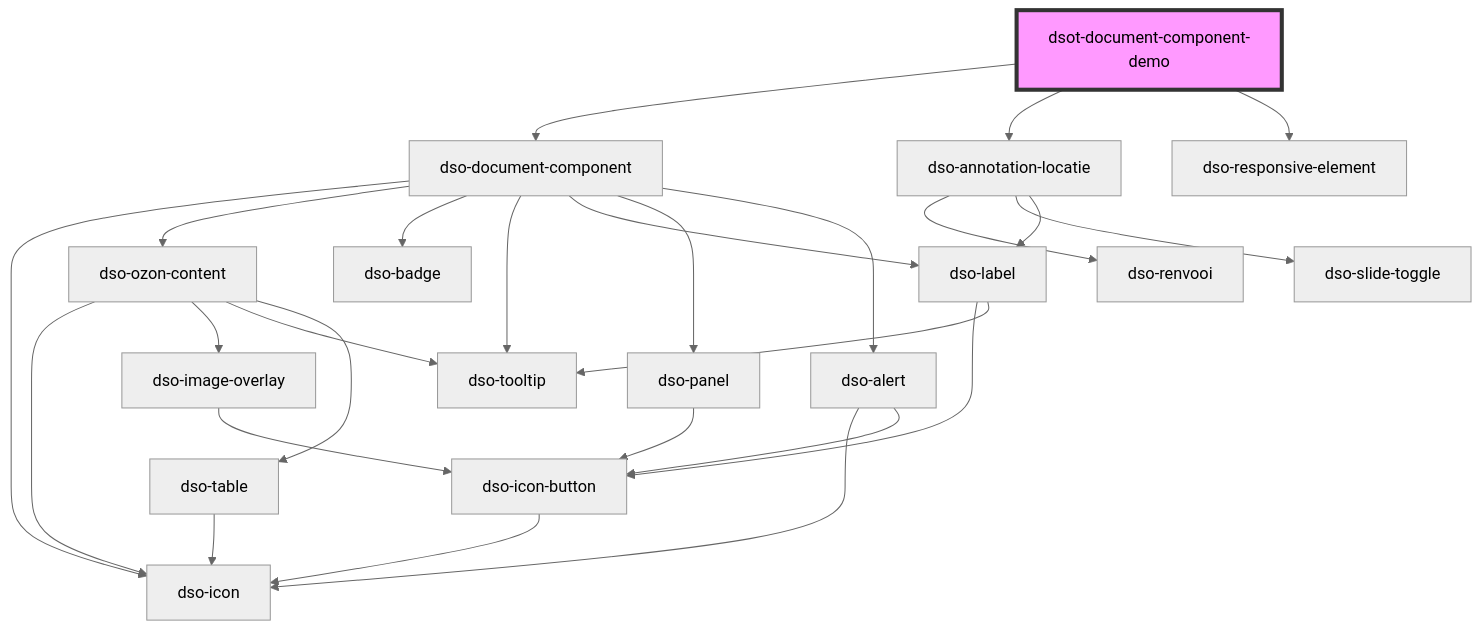
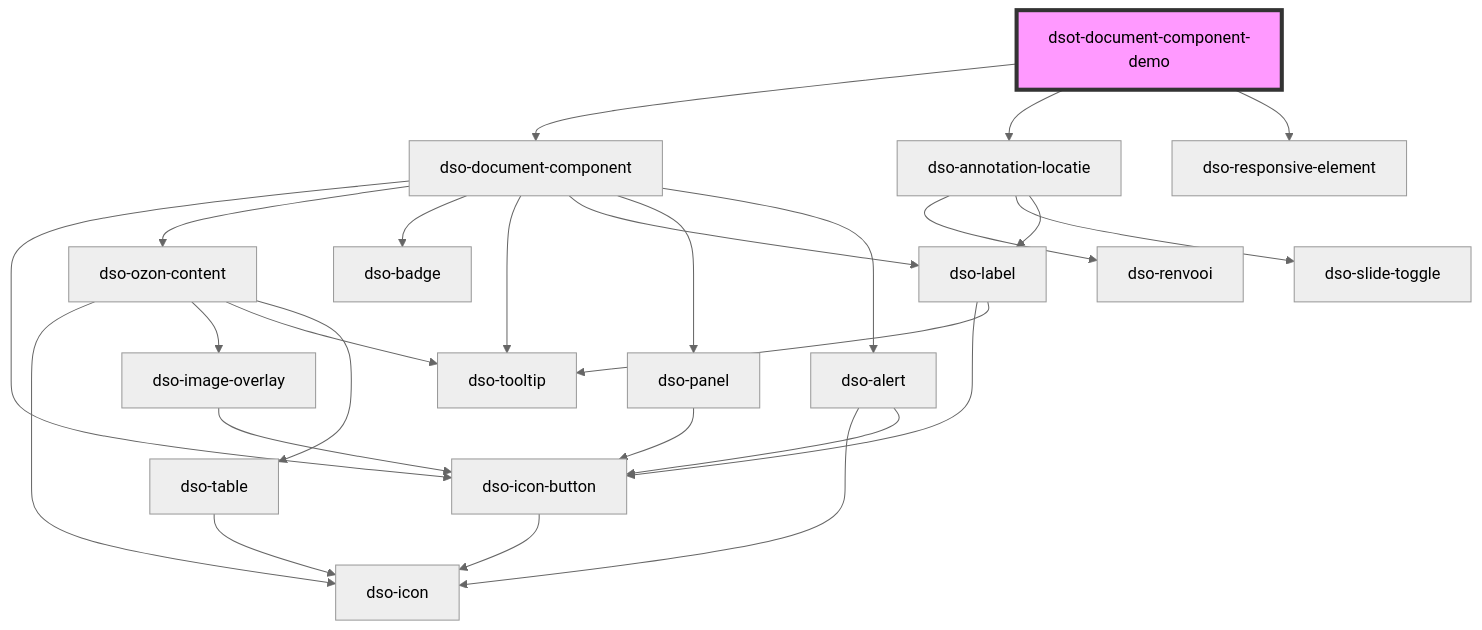
One commit to dso-toolkit/dso-toolkit changed the diagram in packages/core/src/components/document-component-demo/readme.md. Above: the diagram before and after it, drawn with Mermaid (neutral theme). The commit also changed 4 other files, not shown here.

Commit message:
#2315 Document Component gebruikt nu ook Icon Button

````diff
--- a/packages/core/src/components/document-component-demo/readme.md
+++ b/packages/core/src/components/document-component-demo/readme.md
@@ -36,29 +36,29 @@
 ```mermaid
 graph TD;
   dsot-document-component-demo --> dso-document-component
   dsot-document-component-demo --> dso-annotation-locatie
   dsot-document-component-demo --> dso-responsive-element
-  dso-document-component --> dso-icon
+  dso-document-component --> dso-icon-button
   dso-document-component --> dso-ozon-content
   dso-document-component --> dso-badge
   dso-document-component --> dso-tooltip
   dso-document-component --> dso-label
   dso-document-component --> dso-panel
   dso-document-component --> dso-alert
+  dso-icon-button --> dso-icon
   dso-ozon-content --> dso-icon
   dso-ozon-content --> dso-image-overlay
   dso-ozon-content --> dso-tooltip
   dso-ozon-content --> dso-table
   dso-image-overlay --> dso-icon-button
-  dso-icon-button --> dso-icon
   dso-table --> dso-icon
   dso-label --> dso-icon-button
   dso-label --> dso-tooltip
   dso-panel --> dso-icon-button
   dso-alert --> dso-icon
   dso-alert --> dso-icon-button
   dso-annotation-locatie --> dso-renvooi
   dso-annotation-locatie --> dso-slide-toggle
   dso-annotation-locatie --> dso-label
   style dsot-document-component-demo fill:#f9f,stroke:#333,stroke-width:4px
 ```
````
